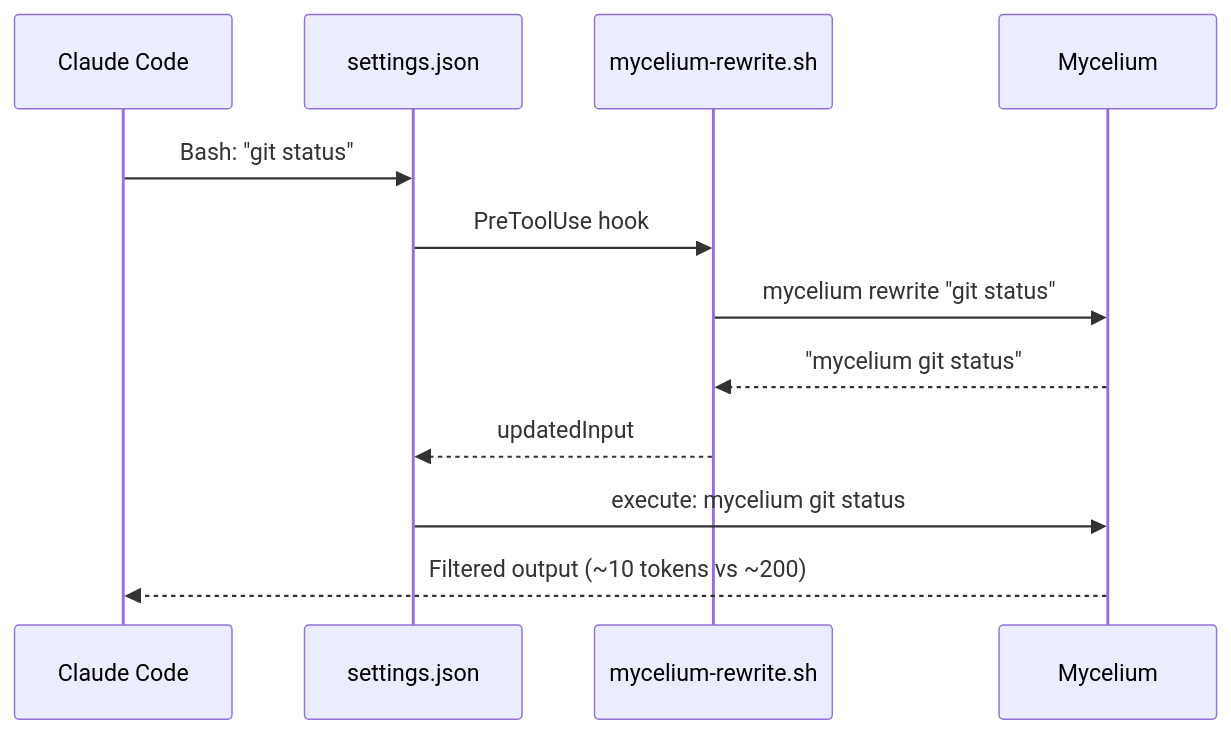
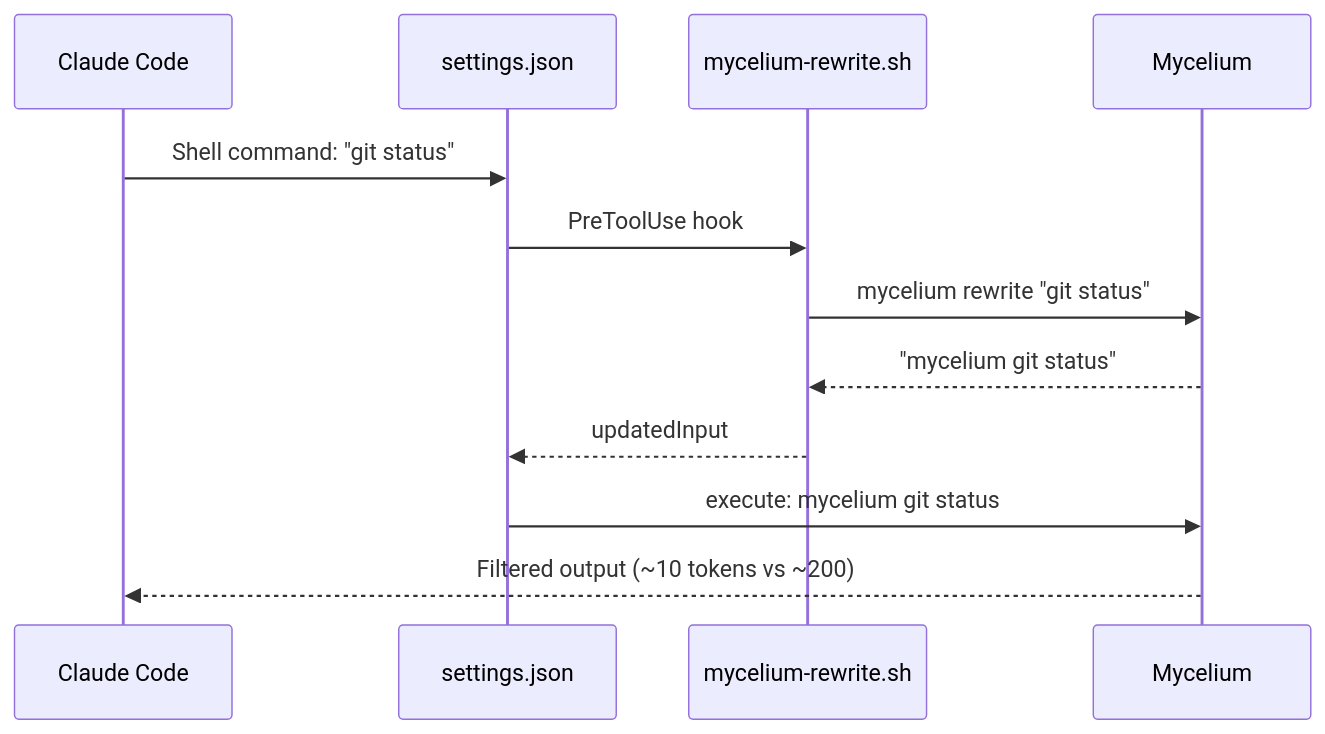
The diagram in docs/ANALYTICS.md (basidiocarp/mycelium), drawn with Mermaid before and after one commit. The commit also changed other lines of this file and 3 other files, not shown here.

````diff
--- a/docs/ANALYTICS.md
+++ b/docs/ANALYTICS.md
@@ -160,15 +162,15 @@
 ```mermaid
 sequenceDiagram
     participant CC as Claude Code
     participant SJ as settings.json
     participant HK as mycelium-rewrite.sh
     participant MY as Mycelium
 
-    CC->>SJ: Bash: "git status"
+    CC->>SJ: Shell command: "git status"
     SJ->>HK: PreToolUse hook
     HK->>MY: mycelium rewrite "git status"
     MY-->>HK: "mycelium git status"
     HK-->>SJ: updatedInput
     SJ->>MY: execute: mycelium git status
     MY-->>CC: Filtered output (~10 tokens vs ~200)
 ```
````
